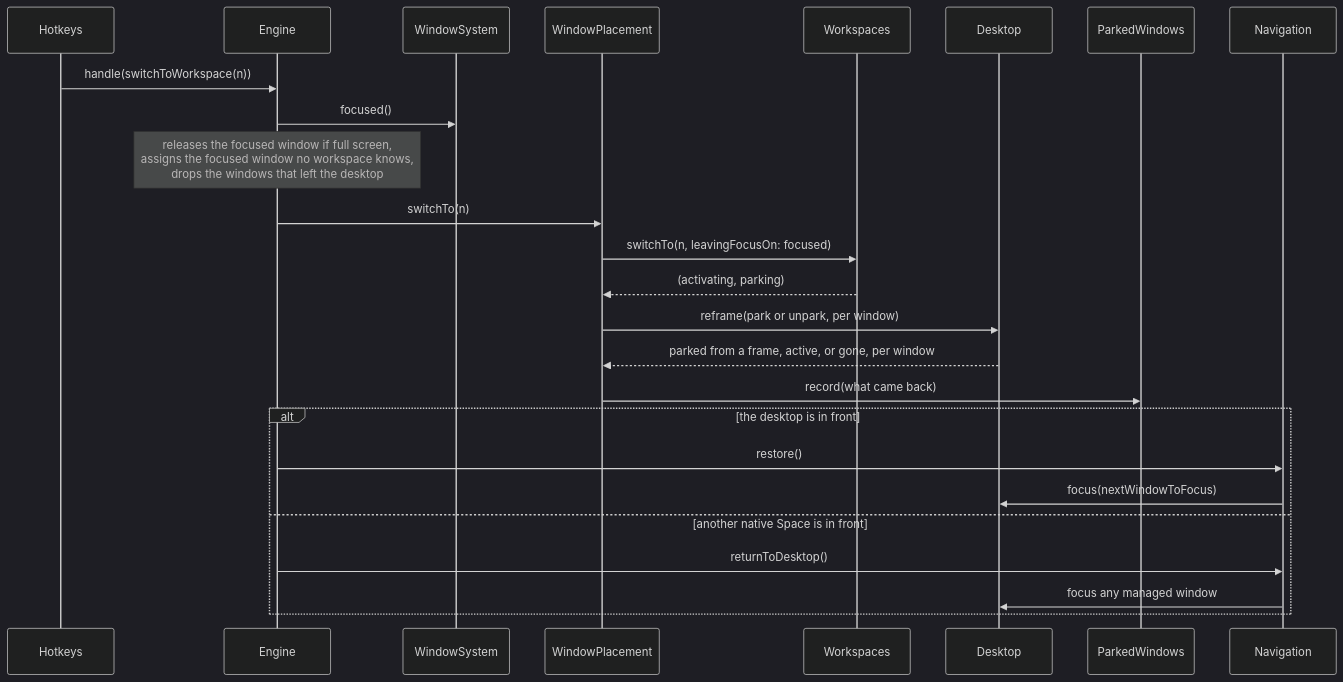
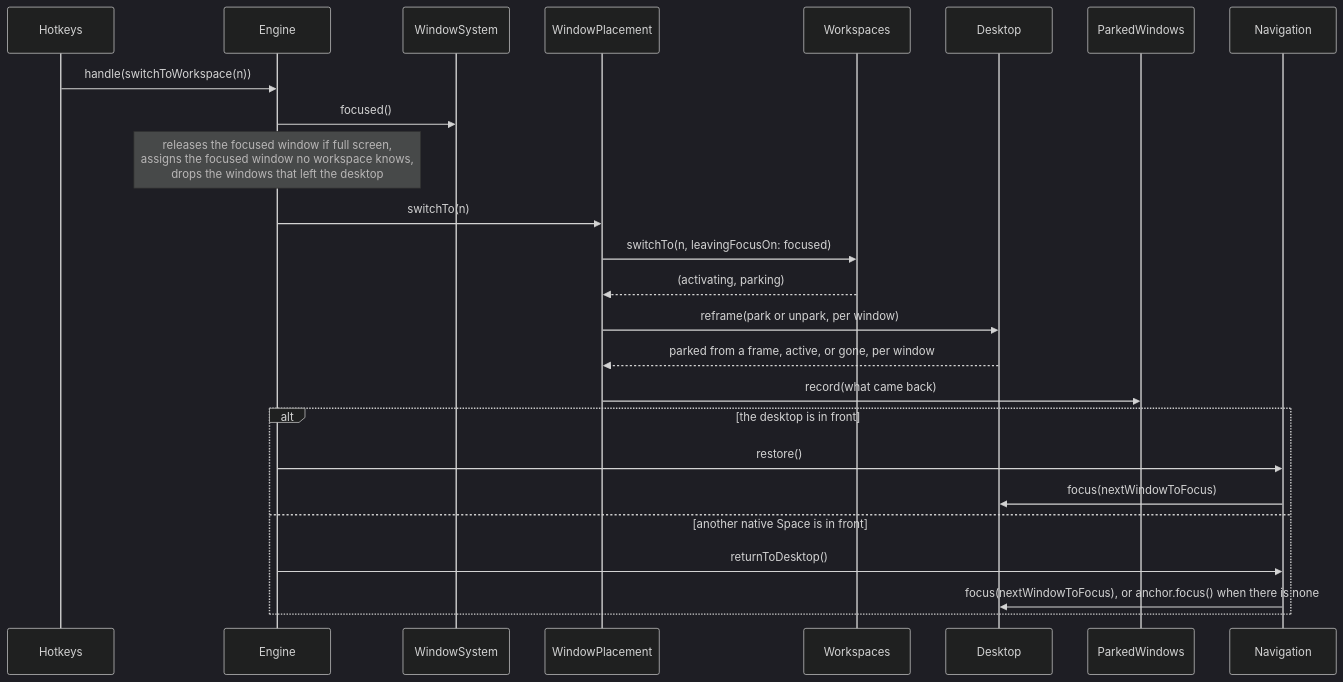
The tenth of 22 diagrams in ARCHITECTURE.md (brennovich/ottowm), drawn with Mermaid (dark theme) before and after one commit. The commit also changed other lines of this file and 16 other files, not shown here.

````diff
--- a/ARCHITECTURE.md
+++ b/ARCHITECTURE.md
@@ -267,19 +269,19 @@
 ```mermaid
 sequenceDiagram
     Hotkeys->>Engine: handle(switchToWorkspace(n))
     Engine->>WindowSystem: focused()
     Note over Engine: releases the focused window if full screen,<br/>assigns the focused window no workspace knows,<br/>drops the windows that left the desktop
     Engine->>WindowPlacement: switchTo(n)
     WindowPlacement->>Workspaces: switchTo(n, leavingFocusOn: focused)
     Workspaces-->>WindowPlacement: (activating, parking)
     WindowPlacement->>Desktop: reframe(park or unpark, per window)
     Desktop-->>WindowPlacement: parked from a frame, active, or gone, per window
     WindowPlacement->>ParkedWindows: record(what came back)
     alt the desktop is in front
         Engine->>Navigation: restore()
         Navigation->>Desktop: focus(nextWindowToFocus)
     else another native Space is in front
         Engine->>Navigation: returnToDesktop()
-        Navigation->>Desktop: focus any managed window
+        Navigation->>Desktop: focus(nextWindowToFocus), or anchor.focus() when there is none
     end
 ```
````
